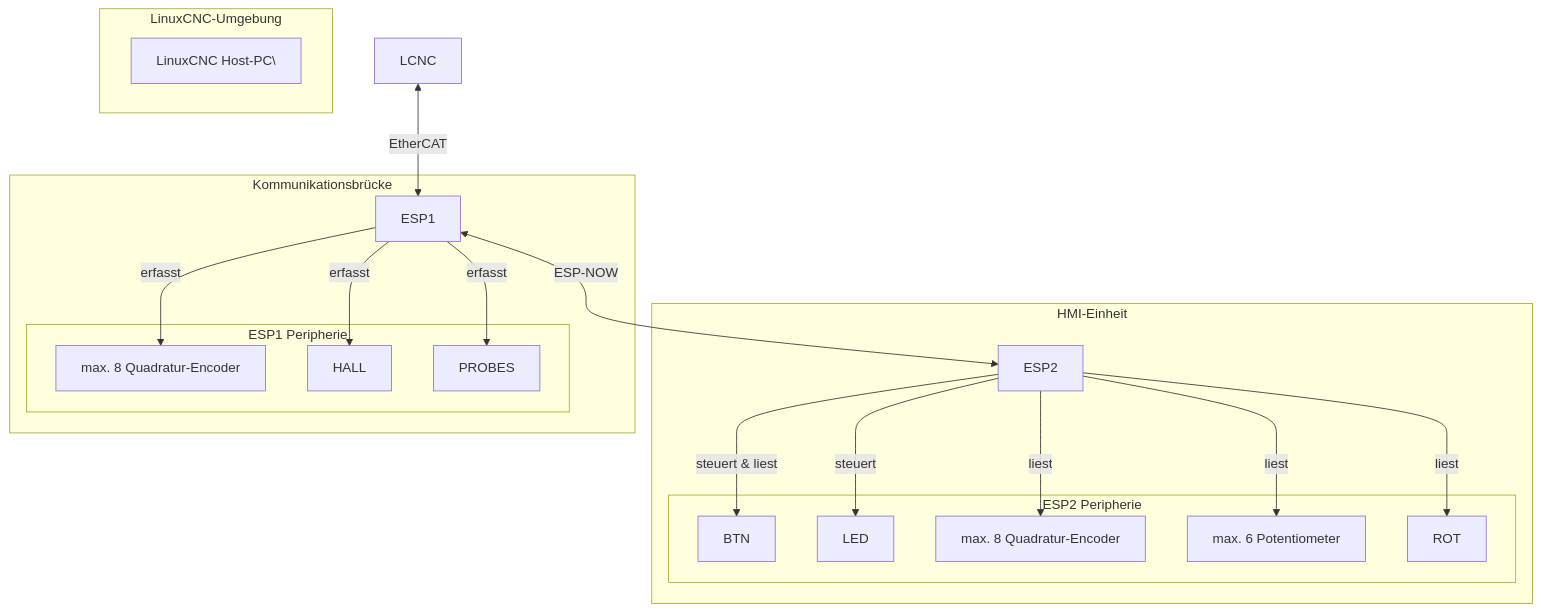
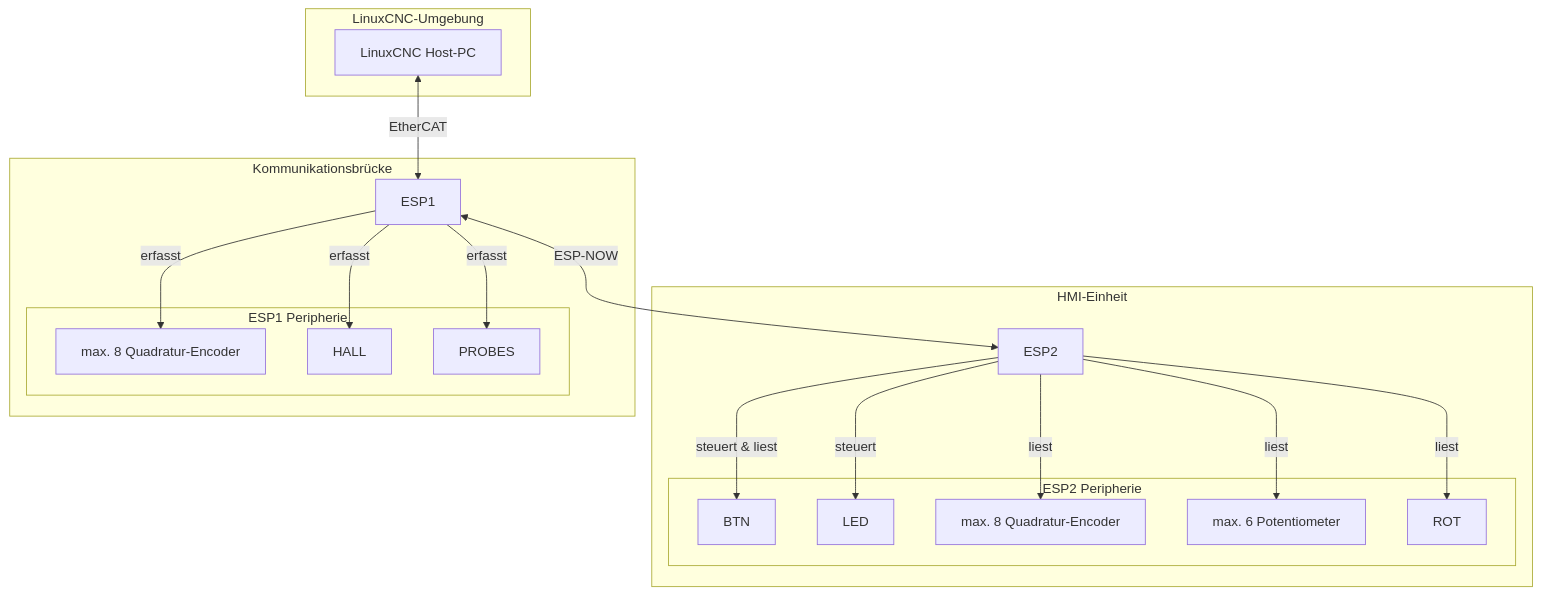
Before and after one commit to NoLackOfIdeas/CNCpanel-LinuxCNC-Ethercat-ESP32-ESPnow: the diagram in README_old.md, drawn with Mermaid. The commit also changed other lines of this file, not shown here.

````diff
--- a/README_old.md
+++ b/README_old.md
@@ -18,66 +18,66 @@
 ```mermaid
 
 graph TD;
 
 subgraph LinuxCNC-Umgebung
 
-LCNC\[LinuxCNC Host-PC\]
+LCNC[LinuxCNC Host-PC]
 
 end
 
 subgraph HMI-Einheit
 
 ESP2
 
 subgraph ESP2 Peripherie
 
 BTN
 
 LED
 
 ENC2[max. 8 Quadratur-Encoder]
 
 POTS[max. 6 Potentiometer]
 
 ROT
 
 end
 
 end
 
 subgraph Kommunikationsbrücke
 
 ESP1
 
 subgraph ESP1 Peripherie
 
 ENC1[max. 8 Quadratur-Encoder]
 
 HALL
 
 PROBES
 
 end
 
 end
 
 LCNC <--> |EtherCAT| ESP1
 
 ESP1 <--> |ESP-NOW| ESP2
 
 ESP1 -- erfasst --> ENC1
 
 ESP1 -- erfasst --> HALL
 
 ESP1 -- erfasst --> PROBES
 
 ESP2 -- steuert & liest --> BTN
 
 ESP2 -- steuert --> LED
 
 ESP2 -- liest --> ENC2
 
 ESP2 -- liest --> POTS
 
 ESP2 -- liest --> ROT
 ```
````
